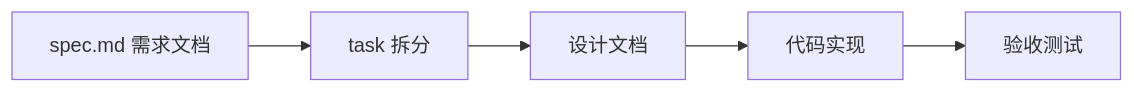
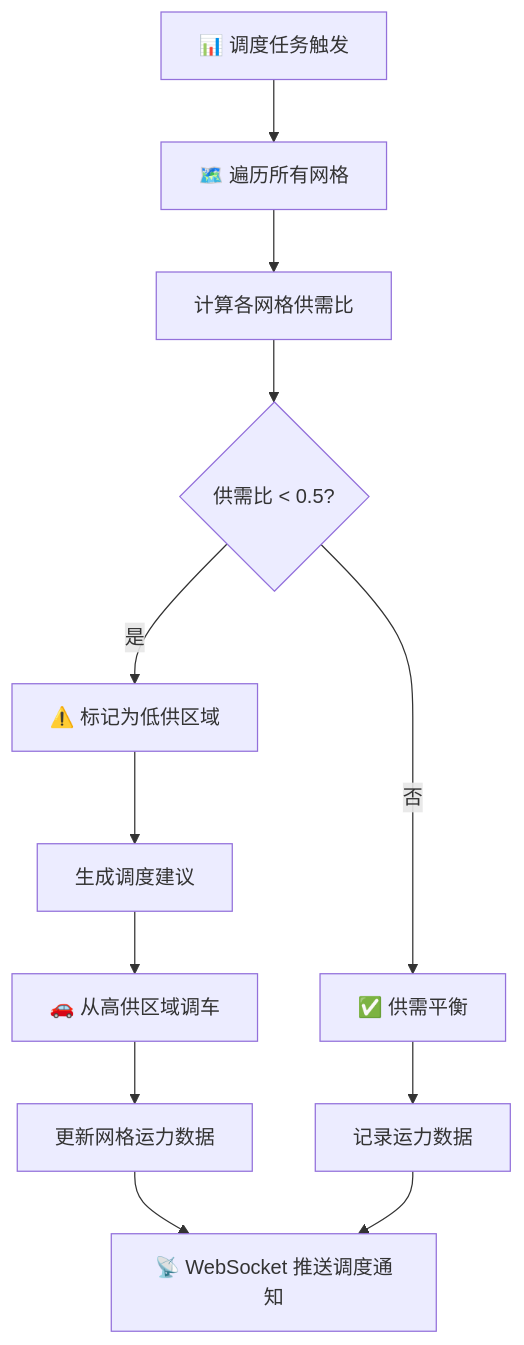
Before and after one commit to taylor265040/SmartFleet: the fourth of 5 diagrams in README.md, drawn with Mermaid. The commit also changed other lines of this file and 7 other files, not shown here.

````diff
--- a/README.md
+++ b/README.md
@@ -335,7 +113,17 @@
 ```mermaid
-graph LR
-    A[spec.md 需求文档] --> B[task 拆分]
-    B --> C[设计文档]
-    C --> D[代码实现]
-    D --> E[验收测试]
+flowchart TD
+    A[📊 调度任务触发] --> B[🗺️ 遍历所有网格]
+    B --> C[计算各网格供需比]
+
+    C --> D{供需比 < 0.5?}
+    D -- 是 --> E["⚠️ 标记为低供区域"]
+    D -- 否 --> F[✅ 供需平衡]
+
+    E --> G[生成调度建议]
+    G --> H["🚗 从高供区域调车"]
+    H --> I[更新网格运力数据]
+    I --> J["📡 WebSocket 推送调度通知"]
+
+    F --> K[记录运力数据]
+    K --> J
 ```
````
